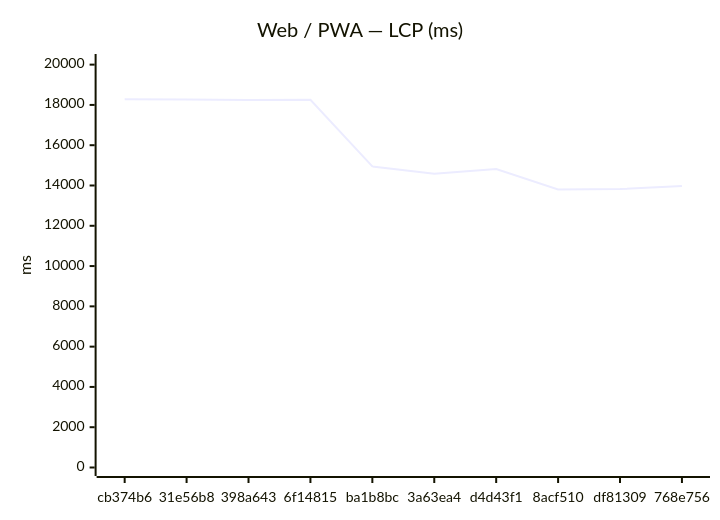
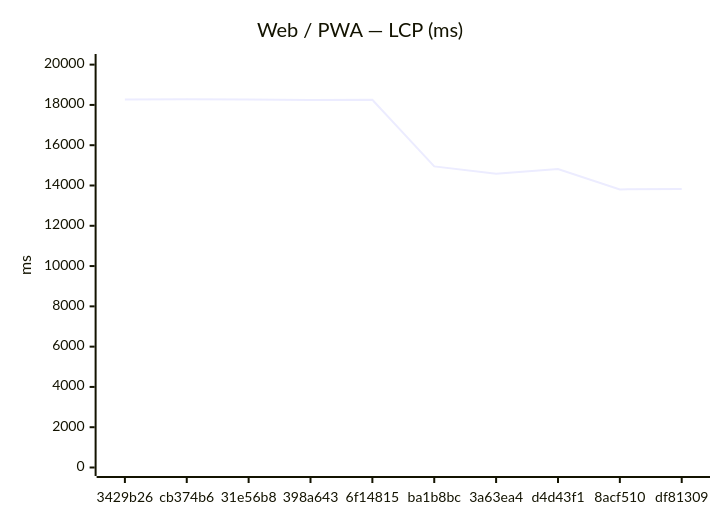
Before and after one commit to Metaheurist/Rianell: the first of 18 diagrams in benchmarks/compare.md, drawn with Mermaid. The commit also changed other lines of this file and 11 other files, not shown here.

````diff
--- a/benchmarks/compare.md
+++ b/benchmarks/compare.md
@@ -24,7 +24,7 @@
 ```mermaid
 xychart-beta
     title "Web / PWA — LCP (ms)"
-    x-axis ["cb374b6", "31e56b8", "398a643", "6f14815", "ba1b8bc", "3a63ea4", "d4d43f1", "8acf510", "df81309", "768e756"]
+    x-axis ["3429b26", "cb374b6", "31e56b8", "398a643", "6f14815", "ba1b8bc", "3a63ea4", "d4d43f1", "8acf510", "df81309"]
     y-axis "ms" 0 --> 20106
-    line [18278, 18267, 18242, 18254, 14947, 14588, 14818, 13807, 13825, 13971]
+    line [18270, 18278, 18267, 18242, 18254, 14947, 14588, 14818, 13807, 13825]
 ```
````
